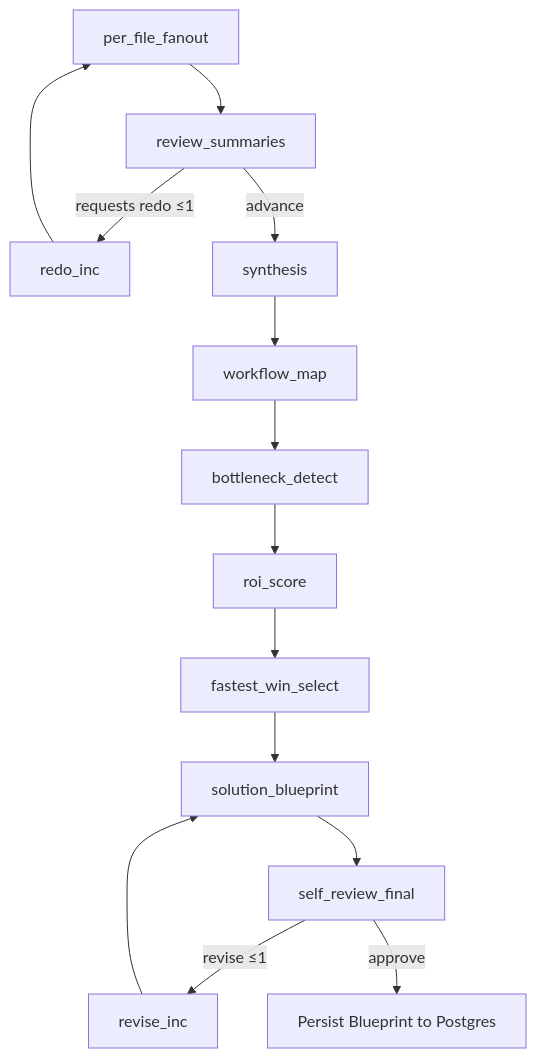
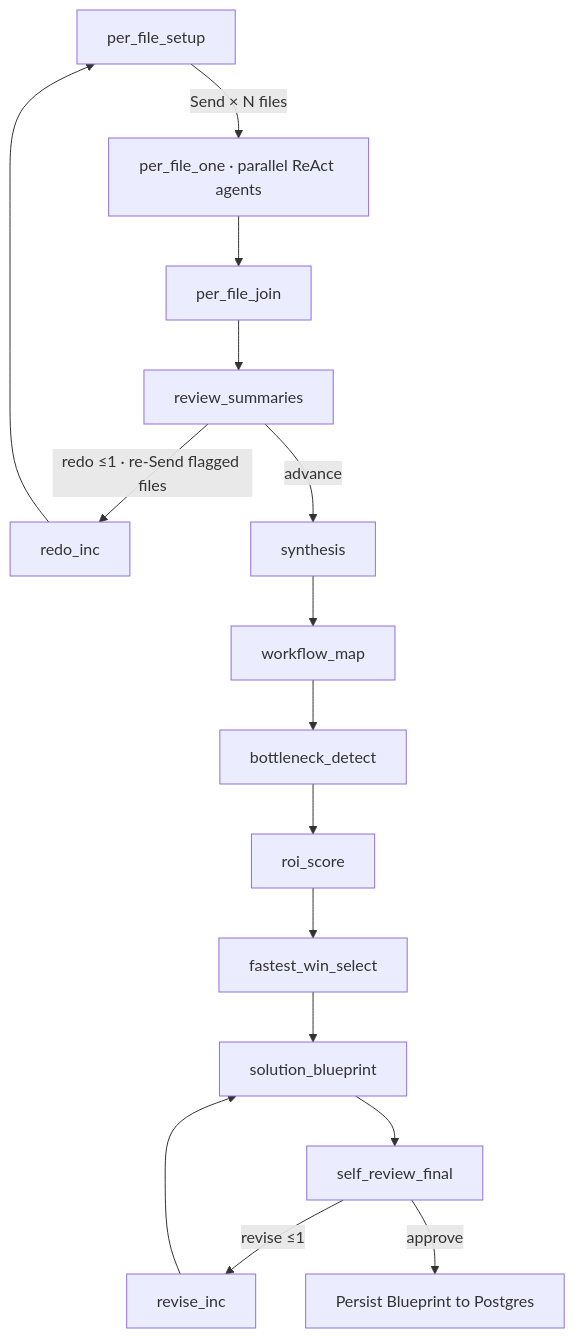
One commit to KushalRegmi61/ops_diagnostic_agent changed the second of 2 diagrams in README.md. Above: the diagram before and after it, drawn with Mermaid. The commit also changed other lines of this file, not shown here.

````diff
--- a/README.md
+++ b/README.md
@@ -66,10 +72,11 @@
 ```mermaid
 flowchart TD
-  A[per_file_fanout] --> B[review_summaries]
-  B -->|requests redo ≤1| C[redo_inc] --> A
+  S[per_file_setup] -->|Send × N files| O[per_file_one · parallel ReAct agents]
+  O --> J[per_file_join] --> B[review_summaries]
+  B -->|redo ≤1 · re-Send flagged files| C[redo_inc] --> S
   B -->|advance| D[synthesis] --> E[workflow_map] --> F[bottleneck_detect]
   F --> G[roi_score] --> H[fastest_win_select] --> I[solution_blueprint]
-  I --> J[self_review_final]
-  J -->|revise ≤1| K[revise_inc] --> I
-  J -->|approve| END[Persist Blueprint to Postgres]
+  I --> R[self_review_final]
+  R -->|revise ≤1| K[revise_inc] --> I
+  R -->|approve| PERSIST[Persist Blueprint to Postgres]
 ```
````
